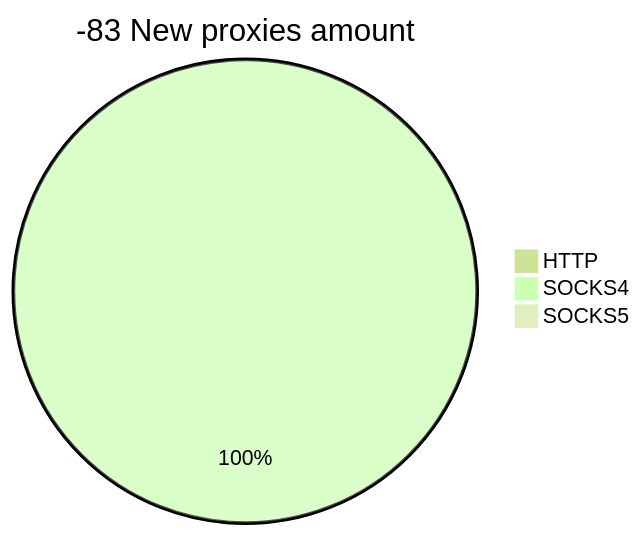
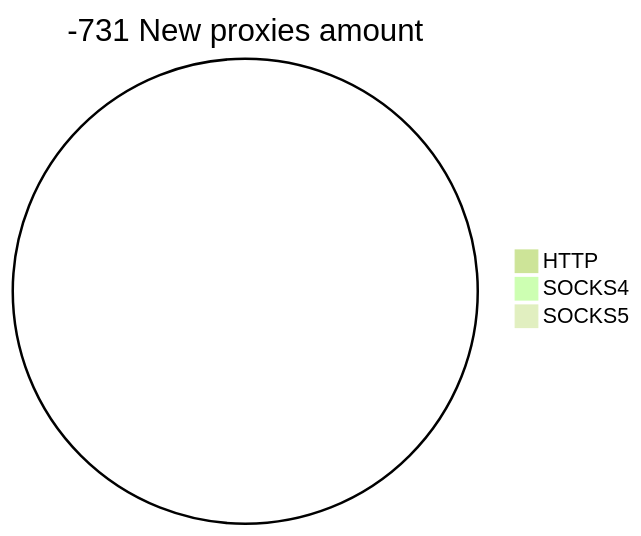
One commit to cutipu/proxylist changed the second of 2 diagrams in README.md. Above: the diagram before and after it, drawn with Mermaid (forest theme). The commit also changed other lines of this file, not shown here.

````diff
--- a/README.md
+++ b/README.md
@@ -10,6 +10,6 @@
 ```mermaid
-pie title -83 New proxies amount
+pie title -731 New proxies amount
     "HTTP" : 0
-    "SOCKS4" : 7
+    "SOCKS4" : 0
     "SOCKS5" : 0
 ```
````
